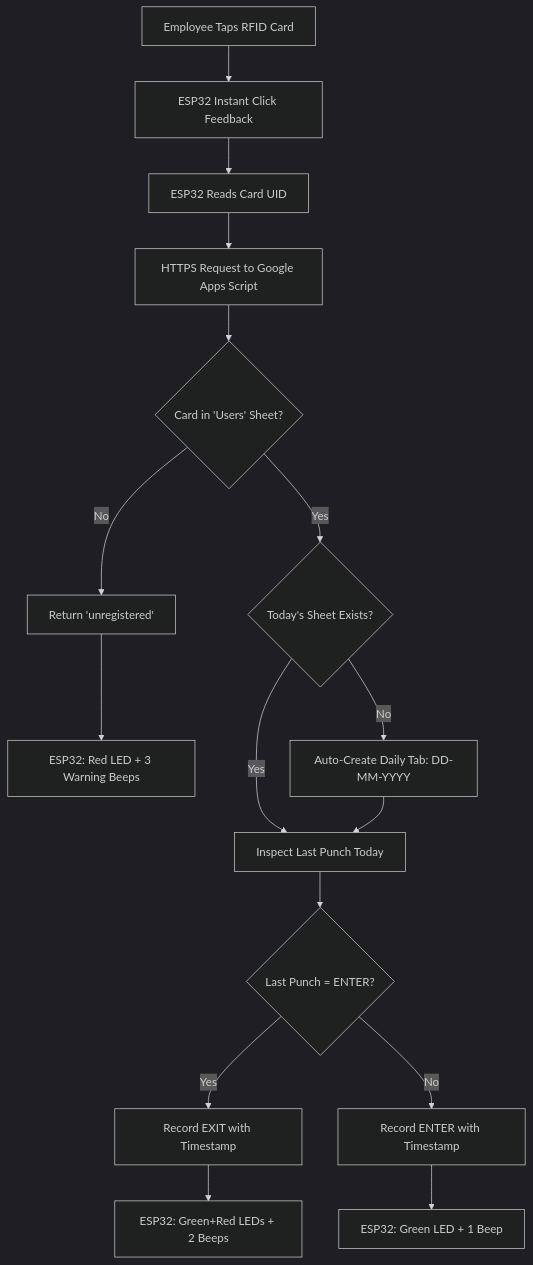
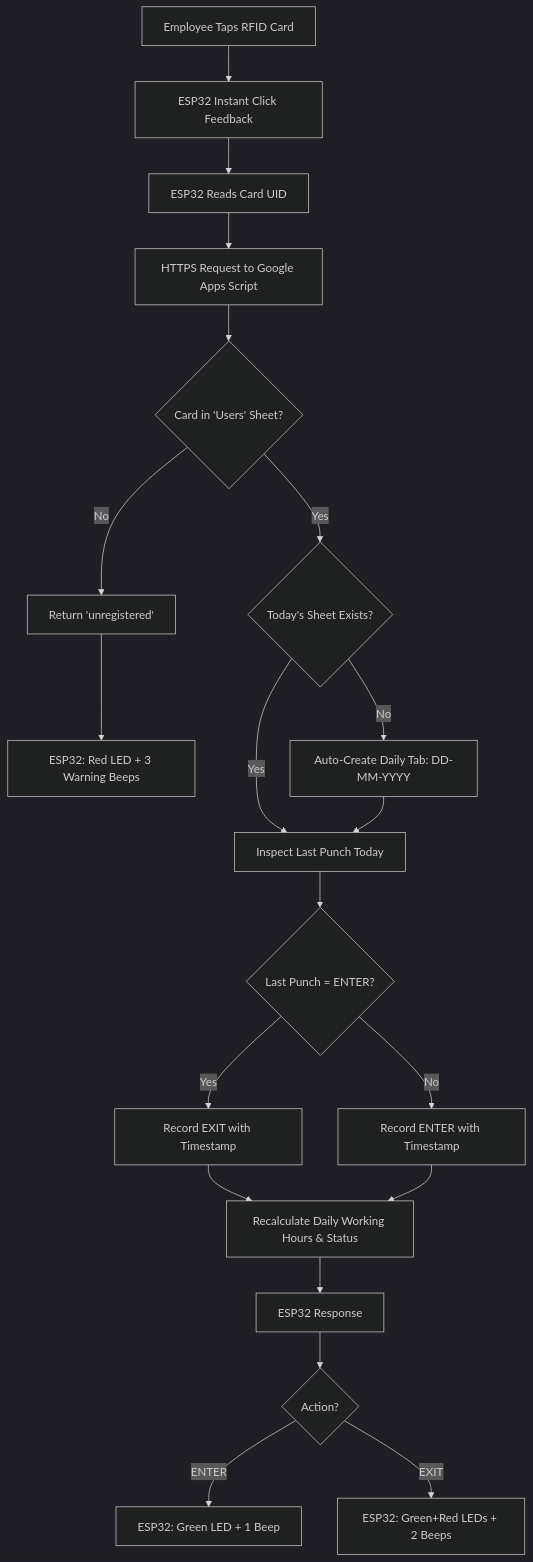
Before and after one commit to mahirstillbooting/esp32-rfid-attendance: the diagram in README.md, drawn with Mermaid (dark theme). The commit also changed other lines of this file, not shown here.

Commit message:
docs: document daily working hours summary table and calculation logic

````diff
--- a/README.md
+++ b/README.md
@@ -21,18 +48,22 @@
 ```mermaid
 flowchart TD
     A[Employee Taps RFID Card] --> B[ESP32 Instant Click Feedback]
     B --> C[ESP32 Reads Card UID]
     C --> D[HTTPS Request to Google Apps Script]
     D --> E{Card in 'Users' Sheet?}
     E -- No --> F[Return 'unregistered']
     F --> G[ESP32: Red LED + 3 Warning Beeps]
     E -- Yes --> H{Today's Sheet Exists?}
     H -- No --> I[Auto-Create Daily Tab: DD-MM-YYYY]
     H -- Yes --> J[Inspect Last Punch Today]
     I --> J
     J --> K{Last Punch = ENTER?}
     K -- Yes --> L[Record EXIT with Timestamp]
     K -- No --> M[Record ENTER with Timestamp]
-    L --> N[ESP32: Green+Red LEDs + 2 Beeps]
-    M --> O[ESP32: Green LED + 1 Beep]
+    L --> P[Recalculate Daily Working Hours & Status]
+    M --> P
+    P --> Q[ESP32 Response]
+    Q --> R{Action?}
+    R -- ENTER --> S[ESP32: Green LED + 1 Beep]
+    R -- EXIT --> T[ESP32: Green+Red LEDs + 2 Beeps]
 ```
````
